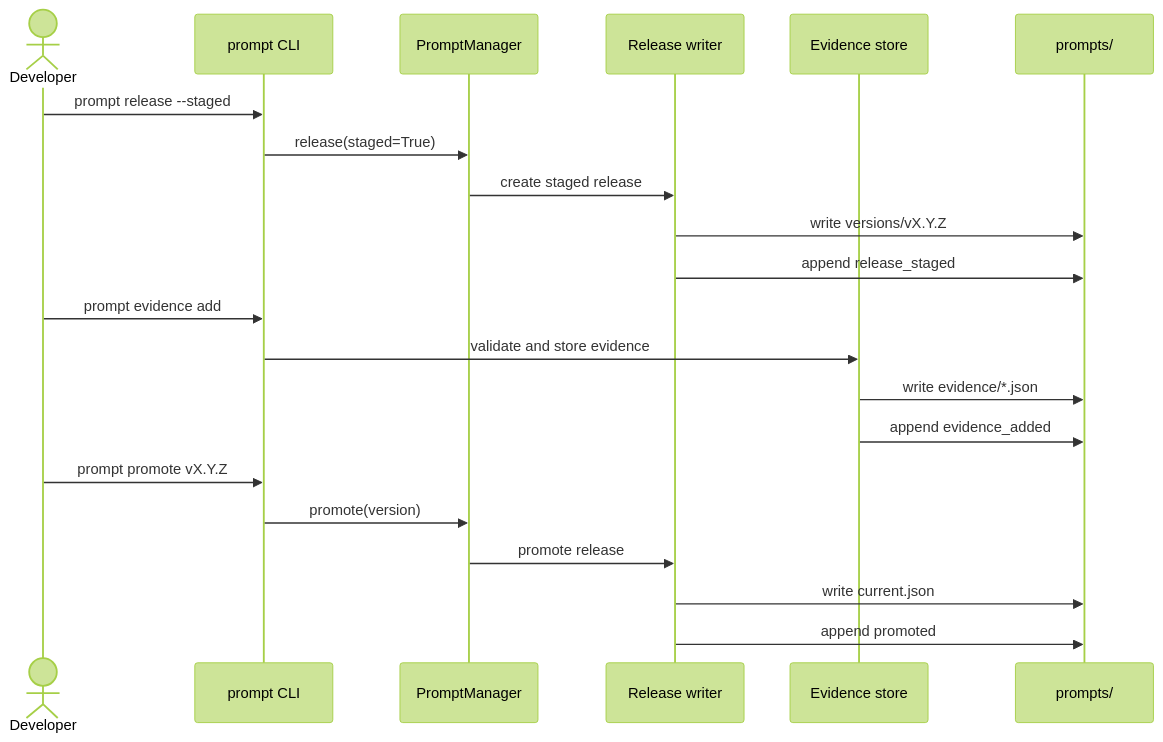
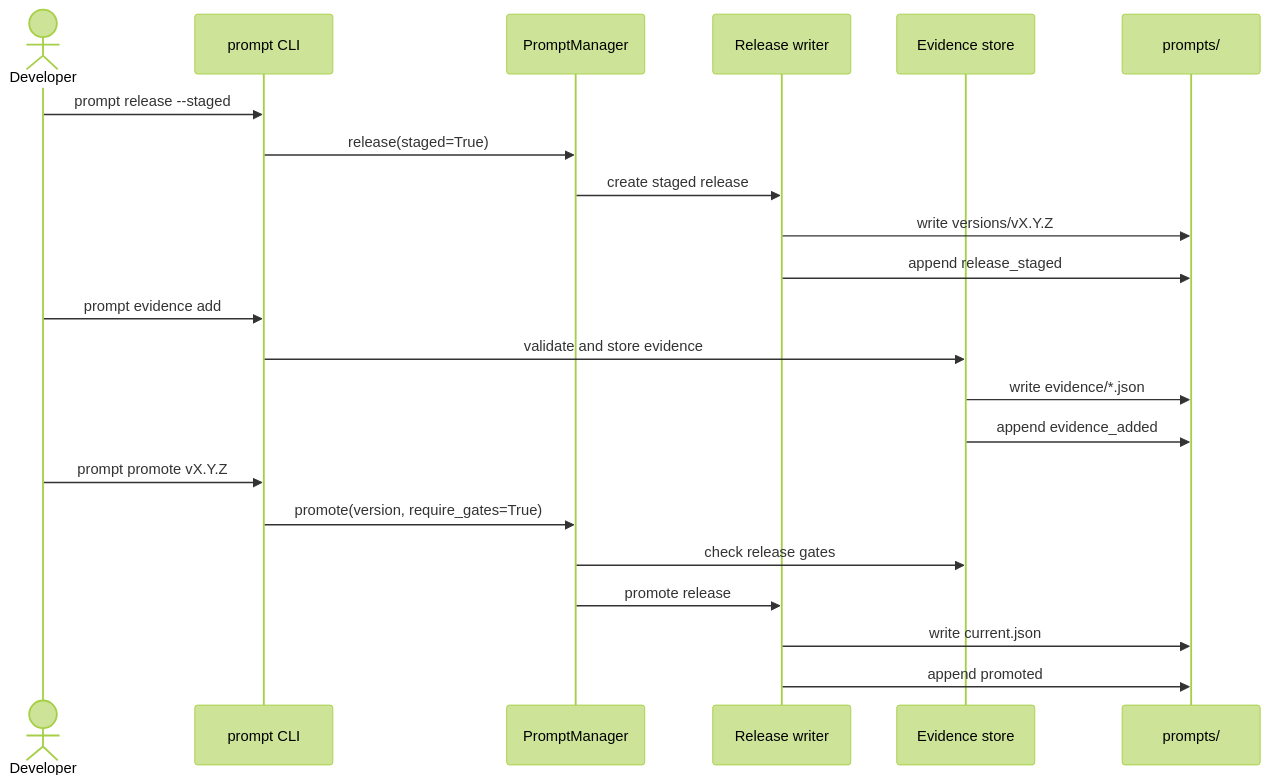
Before and after one commit to hsanchez/promptory: the third of 5 diagrams in dev-docs/ARCHITECTURE.md, drawn with Mermaid (forest theme). The commit also changed other lines of this file and 14 other files, not shown here.

Commit message:
Add release gates for staged promotion closes #4

````diff
--- a/dev-docs/ARCHITECTURE.md
+++ b/dev-docs/ARCHITECTURE.md
@@ -247,24 +265,25 @@
 ```mermaid
 sequenceDiagram
   actor Developer
   participant CLI as prompt CLI
   participant Manager as PromptManager
   participant Release as Release writer
   participant Evidence as Evidence store
   participant Files as prompts/
 
   Developer->>CLI: prompt release --staged
   CLI->>Manager: release(staged=True)
   Manager->>Release: create staged release
   Release->>Files: write versions/vX.Y.Z
   Release->>Files: append release_staged
   Developer->>CLI: prompt evidence add
   CLI->>Evidence: validate and store evidence
   Evidence->>Files: write evidence/*.json
   Evidence->>Files: append evidence_added
   Developer->>CLI: prompt promote vX.Y.Z
-  CLI->>Manager: promote(version)
+  CLI->>Manager: promote(version, require_gates=True)
+  Manager->>Evidence: check release gates
   Manager->>Release: promote release
   Release->>Files: write current.json
   Release->>Files: append promoted
 ```
````
